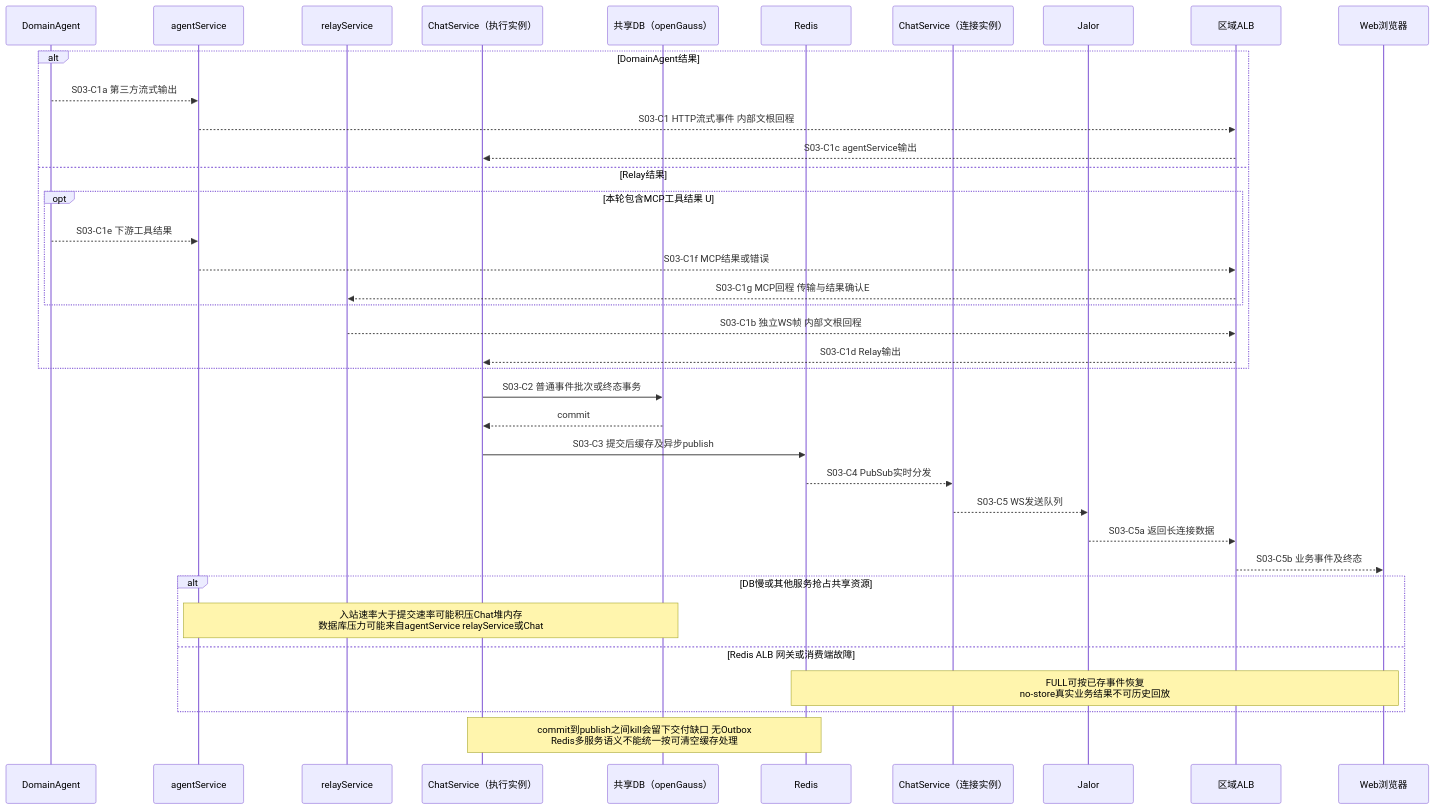
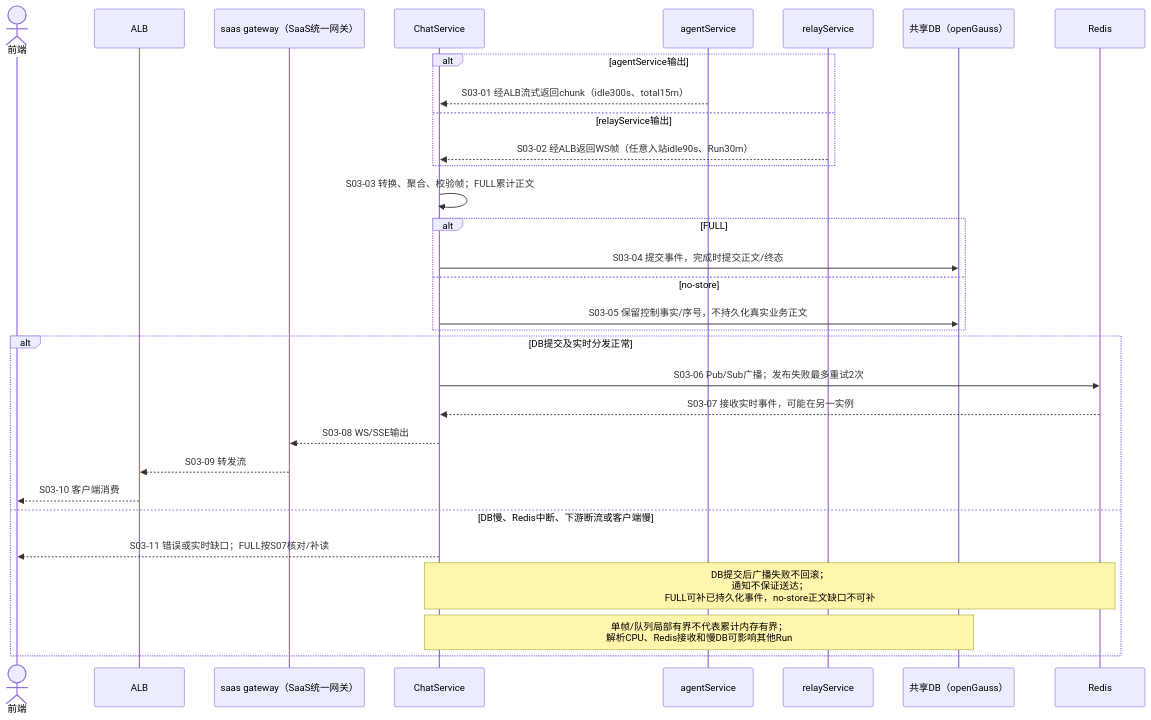
The third of 12 diagrams in docs/architecture/high-availability/scenarios.md (kunben-duck/exweb), drawn with Mermaid before and after one commit. The commit also changed other lines of this file and 8 other files, not shown here.

````diff
--- a/docs/architecture/high-availability/scenarios.md
+++ b/docs/architecture/high-availability/scenarios.md
@@ -326,39 +189,33 @@
 ```mermaid
 sequenceDiagram
-    participant DA as DomainAgent
-    participant AG as agentService
-    participant RL as relayService
-    participant C as ChatService（执行实例）
-    participant D as 共享DB（openGauss）
-    participant R as Redis
-    participant W as ChatService（连接实例）
-    participant G as Jalor
-    participant L as 区域ALB
-    participant U as Web浏览器
-    alt DomainAgent结果
-        DA-->>AG: S03-C1a 第三方流式输出
-        AG-->>L: S03-C1 HTTP流式事件 内部文根回程
-        L-->>C: S03-C1c agentService输出
-    else Relay结果
-        opt 本轮包含MCP工具结果 U
-            DA-->>AG: S03-C1e 下游工具结果
-            AG-->>L: S03-C1f MCP结果或错误
-            L-->>RL: S03-C1g MCP回程 传输与结果确认E
-        end
-        RL-->>L: S03-C1b 独立WS帧 内部文根回程
-        L-->>C: S03-C1d Relay输出
+actor WEB as 前端
+    participant ALB
+    participant GW as saas gateway（SaaS统一网关）
+    participant CHAT as ChatService
+    participant AGENT as agentService
+    participant RELAY as relayService
+    participant DB as 共享DB（openGauss）
+    participant REDIS as Redis
+    alt agentService输出
+        AGENT-->>CHAT: S03-01 经ALB流式返回chunk（idle300s、total15m）
+    else relayService输出
+        RELAY-->>CHAT: S03-02 经ALB返回WS帧（任意入站idle90s、Run30m）
     end
-    C->>D: S03-C2 普通事件批次或终态事务
-    D-->>C: commit
-    C->>R: S03-C3 提交后缓存及异步publish
-    R-->>W: S03-C4 PubSub实时分发
-    W-->>G: S03-C5 WS发送队列
-    G-->>L: S03-C5a 返回长连接数据
-    L-->>U: S03-C5b 业务事件及终态
-    alt DB慢或其他服务抢占共享资源
-        Note over AG,D: 入站速率大于提交速率可能积压Chat堆内存<br/>数据库压力可能来自agentService relayService或Chat
-    else Redis ALB 网关或消费端故障
-        Note over R,U: FULL可按已存事件恢复<br/>no-store真实业务结果不可历史回放
+    CHAT->>CHAT: S03-03 转换、聚合、校验帧；FULL累计正文
+    alt FULL
+        CHAT->>DB: S03-04 提交事件，完成时提交正文/终态
+    else no-store
+        CHAT->>DB: S03-05 保留控制事实/序号，不持久化真实业务正文
     end
-    Note over C,R: commit到publish之间kill会留下交付缺口 无Outbox<br/>Redis多服务语义不能统一按可清空缓存处理
+    alt DB提交及实时分发正常
+        CHAT->>REDIS: S03-06 Pub/Sub广播；发布失败最多重试2次
+        REDIS-->>CHAT: S03-07 接收实时事件，可能在另一实例
+        CHAT-->>GW: S03-08 WS/SSE输出
+        GW-->>ALB: S03-09 转发流
+        ALB-->>WEB: S03-10 客户端消费
+    else DB慢、Redis中断、下游断流或客户端慢
+        CHAT-->>WEB: S03-11 错误或实时缺口；FULL按S07核对/补读
+        Note over CHAT,REDIS: DB提交后广播失败不回滚；<br/>通知不保证送达；<br/>FULL可补已持久化事件，no-store正文缺口不可补
+        Note over CHAT,DB: 单帧/队列局部有界不代表累计内存有界；<br/>解析CPU、Redis接收和慢DB可影响其他Run
+    end
 ```
````
